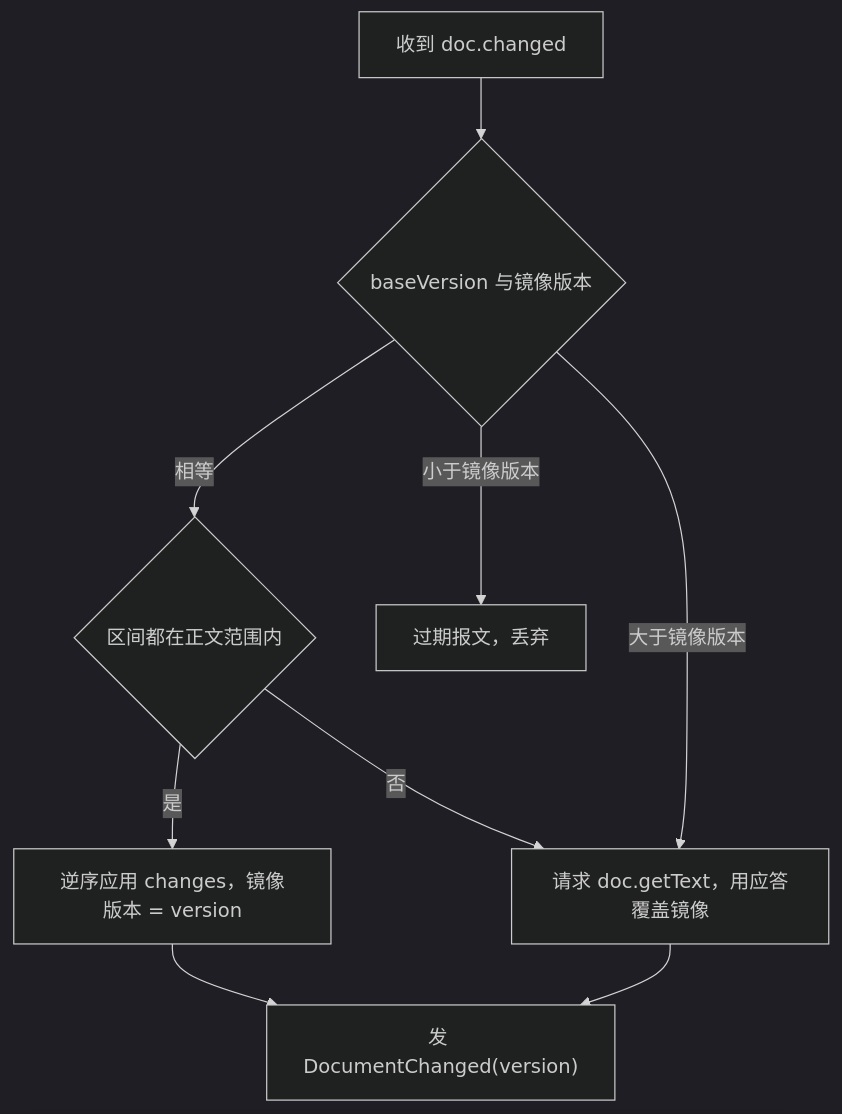
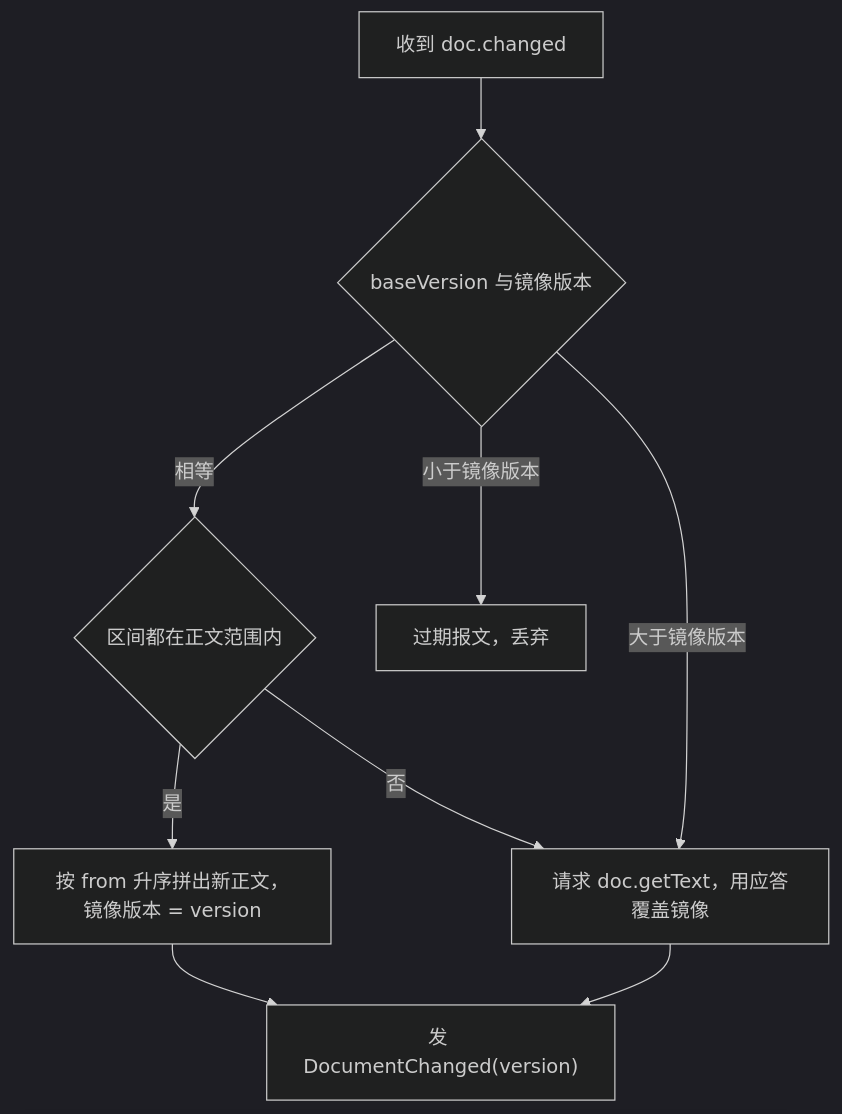
The fourth of 7 diagrams in docs/editor-protocol.md (awarson2233/Typedown), drawn with Mermaid (dark theme) before and after one commit. The commit also changed other lines of this file and 1 other file, not shown here.

First line of the commit message:
docs: describe the landed wire layer and fix the load version rule

````diff
--- a/docs/editor-protocol.md
+++ b/docs/editor-protocol.md
@@ -140,11 +142,11 @@
 ```mermaid
 flowchart TD
     A["收到 doc.changed"] --> B{"baseVersion 与镜像版本"}
     B -->|"相等"| C{"区间都在正文范围内"}
-    C -->|"是"| D["逆序应用 changes，镜像版本 = version"]
+    C -->|"是"| D["按 from 升序拼出新正文，镜像版本 = version"]
     D --> E["发 DocumentChanged(version)"]
     C -->|"否"| R
     B -->|"小于镜像版本"| X["过期报文，丢弃"]
     B -->|"大于镜像版本"| R["请求 doc.getText，用应答覆盖镜像"]
     R --> E
 ```
````
